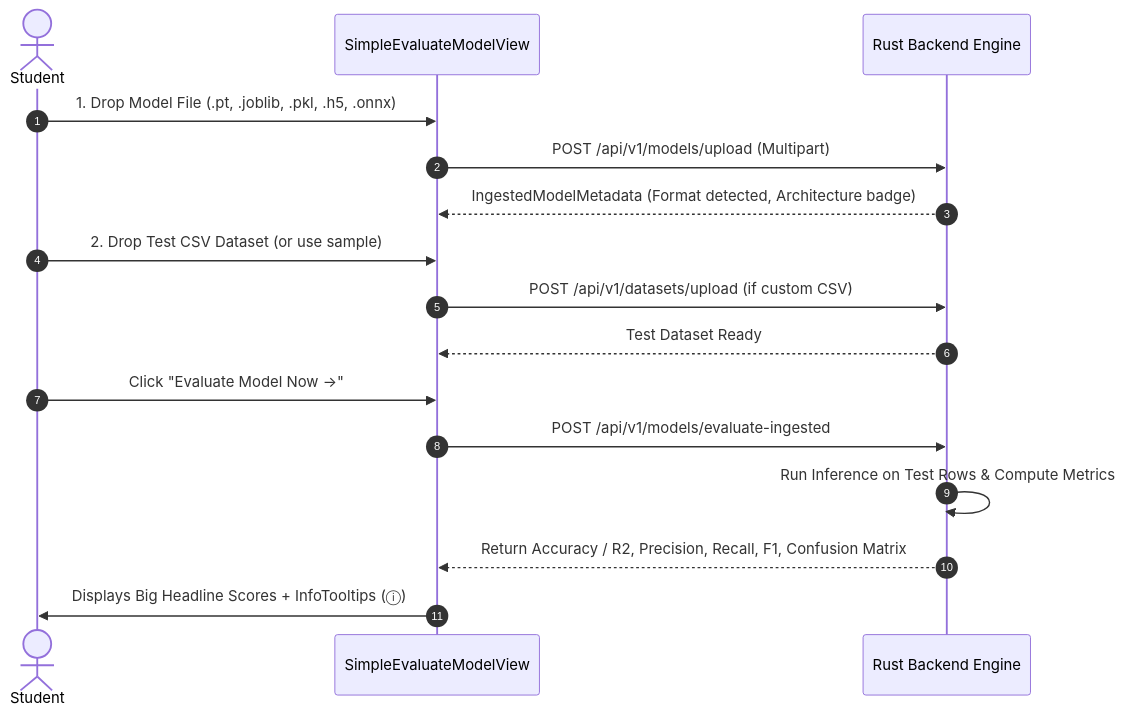
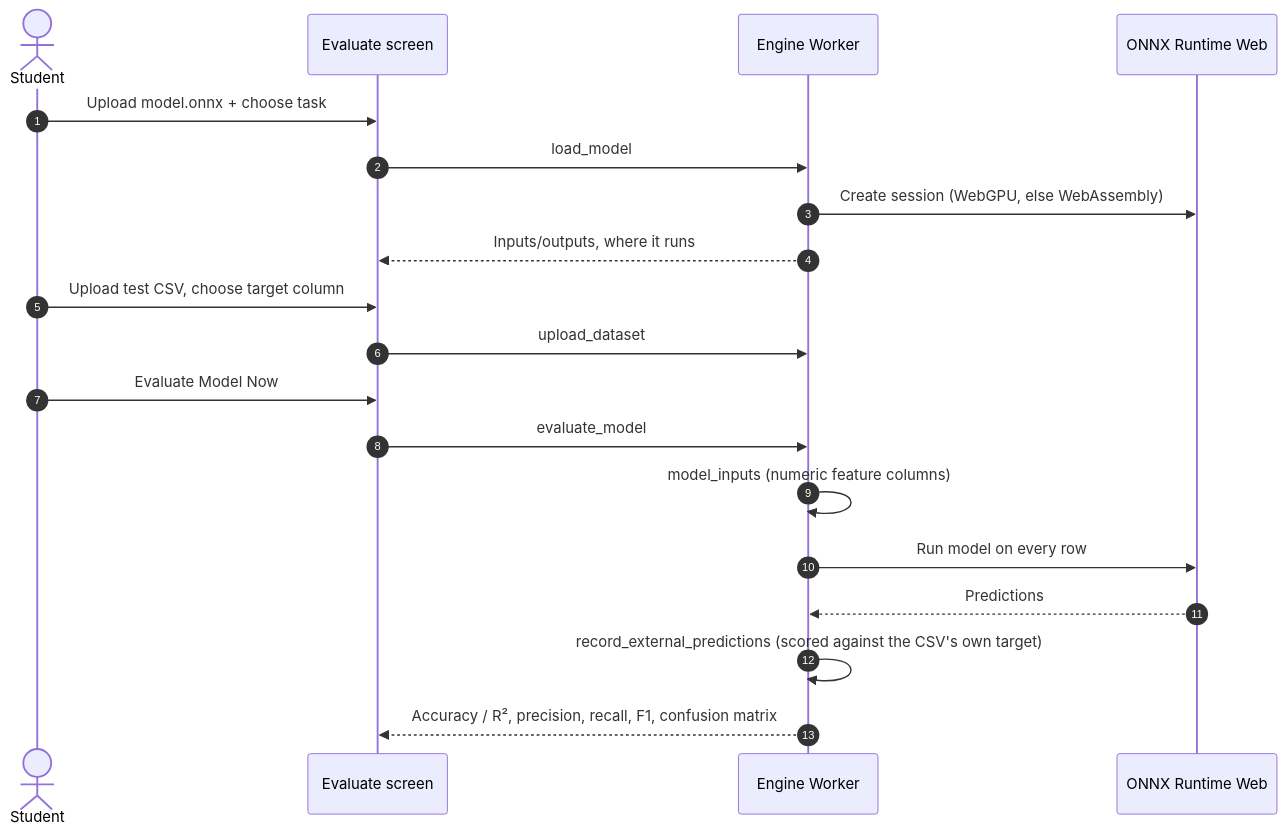
The third of 3 diagrams in README.md (Web-Based-ML-Model-Evaluator/Web-Based-ML-Model-Evaluator), drawn with Mermaid before and after one commit. The commit also changed other lines of this file and 1 other file, not shown here.

First line of the commit message:
docs: document the on-device architecture and engine API (#49)

````diff
--- a/README.md
+++ b/README.md
@@ -223,21 +168,24 @@
 ```mermaid
 sequenceDiagram
     autonumber
     actor Student
-    participant View as SimpleEvaluateModelView
-    participant Backend as Rust Backend Engine
+    participant View as Evaluate screen
+    participant W as Engine Worker
+    participant ORT as ONNX Runtime Web
 
-    Student->>View: 1. Drop Model File (.pt, .joblib, .pkl, .h5, .onnx)
-    View->>Backend: POST /api/v1/models/upload (Multipart)
-    Backend-->>View: IngestedModelMetadata (Format detected, Architecture badge)
+    Student->>View: Upload model.onnx + choose task
+    View->>W: load_model
+    W->>ORT: Create session (WebGPU, else WebAssembly)
+    W-->>View: Inputs/outputs, where it runs
 
-    Student->>View: 2. Drop Test CSV Dataset (or use sample)
-    View->>Backend: POST /api/v1/datasets/upload (if custom CSV)
-    Backend-->>View: Test Dataset Ready
+    Student->>View: Upload test CSV, choose target column
+    View->>W: upload_dataset
 
-    Student->>View: Click "Evaluate Model Now →"
-    View->>Backend: POST /api/v1/models/evaluate-ingested
-    Backend->>Backend: Run Inference on Test Rows & Compute Metrics
-    Backend-->>View: Return Accuracy / R2, Precision, Recall, F1, Confusion Matrix
-    View->>Student: Displays Big Headline Scores + InfoTooltips (ⓘ)
+    Student->>View: Evaluate Model Now
+    View->>W: evaluate_model
+    W->>W: model_inputs (numeric feature columns)
+    W->>ORT: Run model on every row
+    ORT-->>W: Predictions
+    W->>W: record_external_predictions (scored against the CSV's own target)
+    W-->>View: Accuracy / R², precision, recall, F1, confusion matrix
 ```
````
